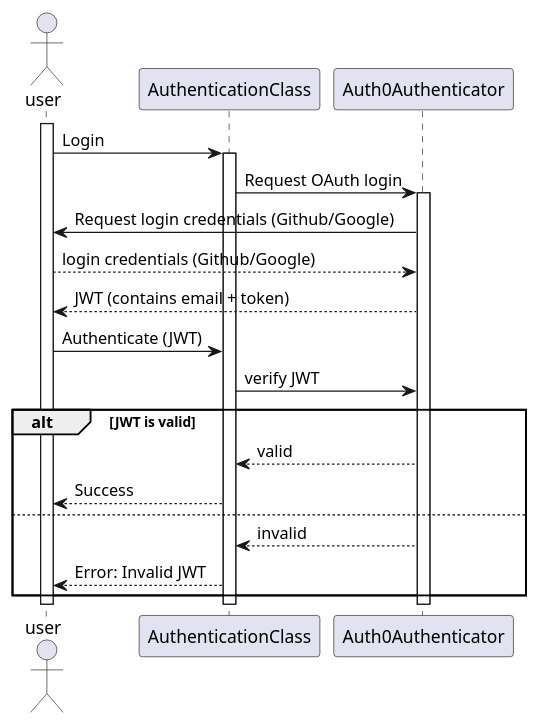
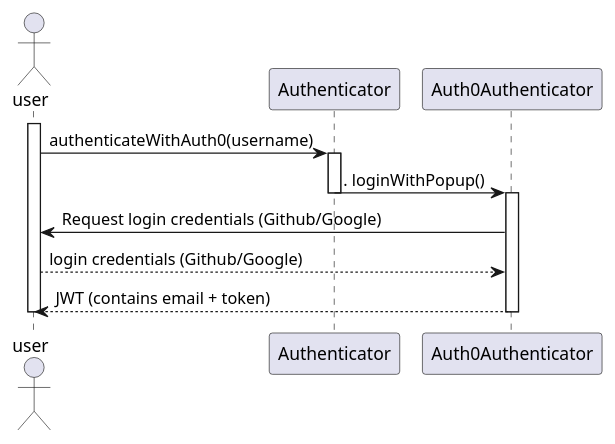
The diagram in doc/sequencediagrams/fr2.puml (PolyPong/PolyPong), drawn with PlantUML before and after one commit. The commit also changed other lines of this file, not shown here.

Commit message:
final fr2 hopefully

```diff
--- a/doc/sequencediagrams/fr2.puml
+++ b/doc/sequencediagrams/fr2.puml
@@ -2,35 +1,29 @@
 @startuml
-
 actor user
 
-participant AuthenticationClass as a
+participant Authenticator as a
 participant Auth0Authenticator as auth0
 
 activate user
-        user -> a: Login
+        user -> a: authenticateWithAuth0(username)
         activate a
-                a -> auth0: Request OAuth login
+                a -> auth0: . loginWithPopup()
+deactivate a
                 activate auth0
                         auth0 -> user: Request login credentials (Github/Google)
                         user --> auth0: login credentials (Github/Google)
                         auth0 --> user: JWT (contains email + token)
-                        user -> a: Authenticate (JWT)
-                        a -> auth0: verify JWT
-                        alt JWT is valid
-                                auth0 --> a: valid
-                                a --> user: Success
-                        else
-                                auth0 --> a: invalid
-                                a --> user: Error: Invalid JWT
-                        end
+'                        user -> a: Authenticate (JWT)
+'                        a -> auth0: verify JWT
+'                        alt JWT is valid
+'                                auth0 --> a: valid
+'                                a --> user: Success
+'                        else
+'                                auth0 --> a: invalid
+'                                a --> user: Error: Invalid JWT
+'                        end
 
                 deactivate auth0
-                deactivate a
+                
 deactivate user
-
-
-
-
-
-
 @enduml
```
